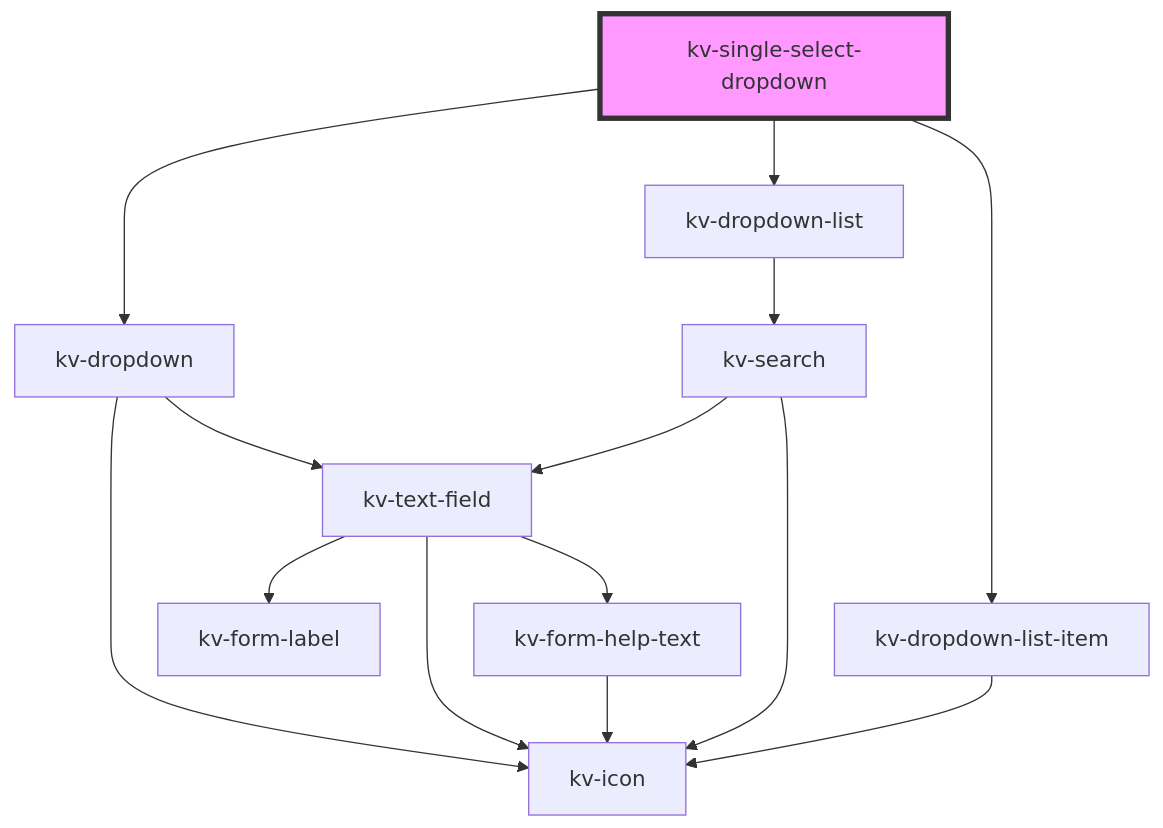
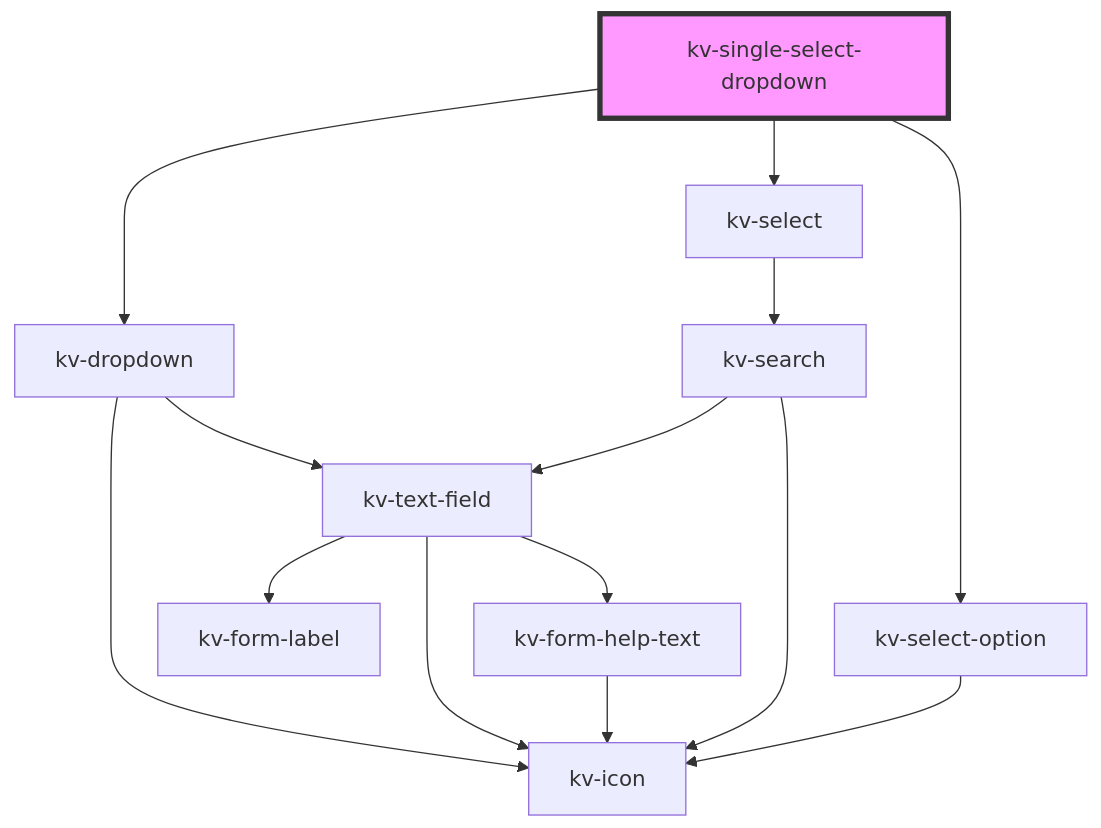
Before and after one commit to kelvininc/ui-components: the diagram in packages/ui-components/src/components/single-select-dropdown/readme.md, drawn with Mermaid. The commit also changed other lines of this file and 46 other files, not shown here.

First line of the commit message:
refactor(dropdown)!: rename `dropdown-list` to `select`

````diff
--- a/packages/ui-components/src/components/single-select-dropdown/readme.md
+++ b/packages/ui-components/src/components/single-select-dropdown/readme.md
@@ -88,17 +88,17 @@
 ```mermaid
 graph TD;
   kv-single-select-dropdown --> kv-dropdown
-  kv-single-select-dropdown --> kv-dropdown-list
-  kv-single-select-dropdown --> kv-dropdown-list-item
+  kv-single-select-dropdown --> kv-select
+  kv-single-select-dropdown --> kv-select-option
   kv-dropdown --> kv-text-field
   kv-dropdown --> kv-icon
   kv-text-field --> kv-form-label
   kv-text-field --> kv-icon
   kv-text-field --> kv-form-help-text
   kv-form-help-text --> kv-icon
-  kv-dropdown-list --> kv-search
+  kv-select --> kv-search
   kv-search --> kv-text-field
   kv-search --> kv-icon
-  kv-dropdown-list-item --> kv-icon
+  kv-select-option --> kv-icon
   style kv-single-select-dropdown fill:#f9f,stroke:#333,stroke-width:4px
 ```
````
